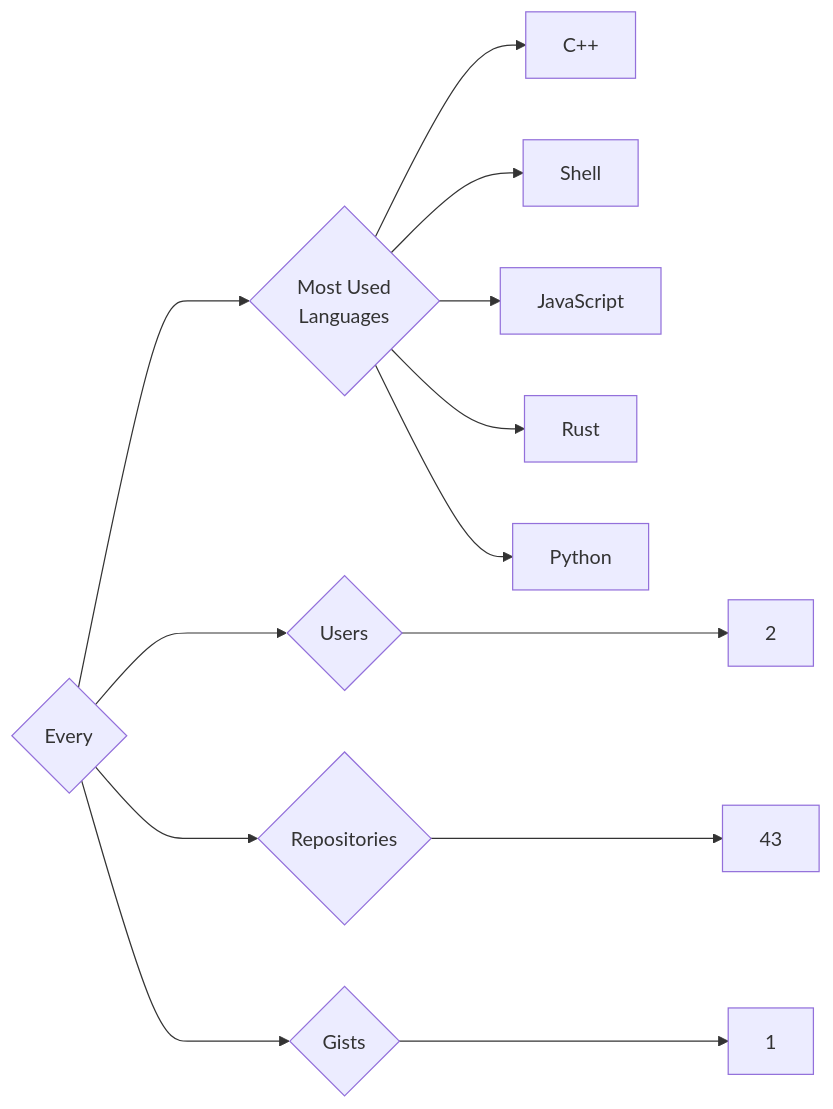
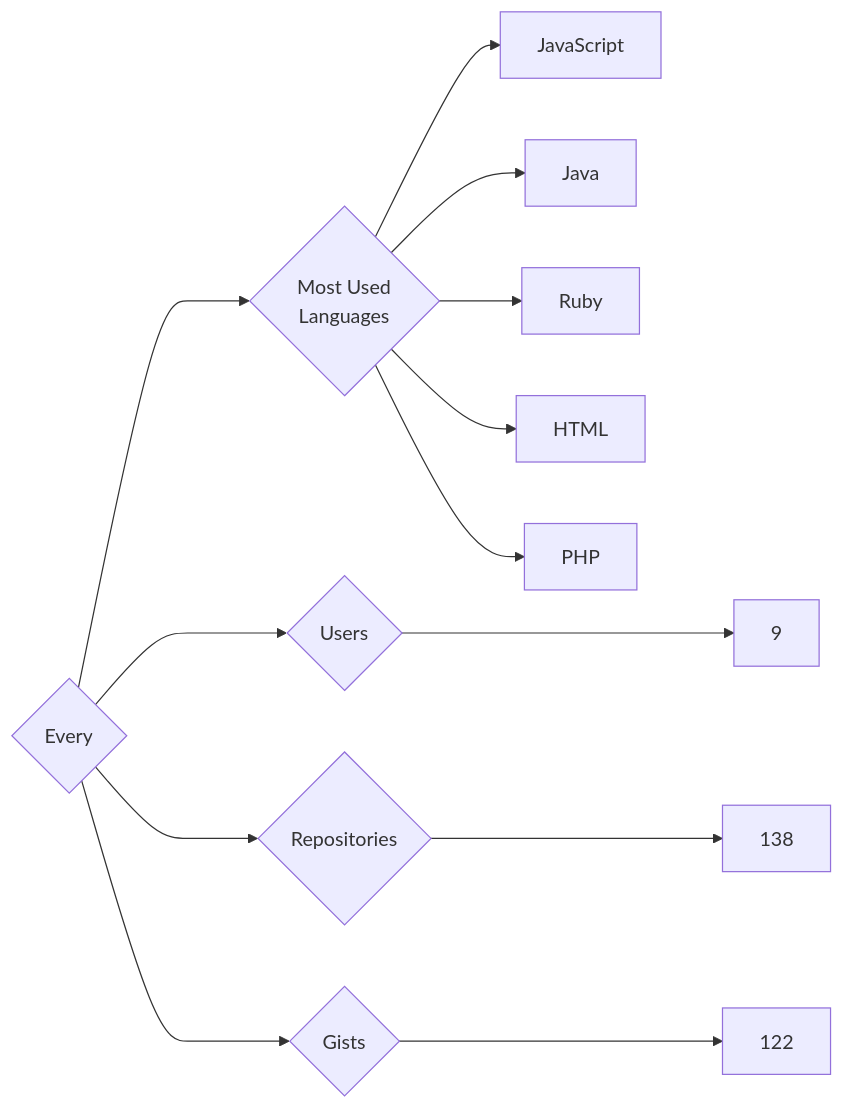
One commit to trickest/insiders changed the diagram in targets/Every/README.md. Above: the diagram before and after it, drawn with Mermaid. The commit also changed 944 other files, not shown here.

````diff
--- a/targets/Every/README.md
+++ b/targets/Every/README.md
@@ -3,13 +3,13 @@
 ```mermaid
 graph LR
 COMPANY_NAME{Every}
-COMPANY_NAME ---> U{Users} ---> UN[2]
-COMPANY_NAME ---> R{Repositories} ---> RN[43]
-COMPANY_NAME ---> G{Gists} ---> GN[1]
+COMPANY_NAME ---> U{Users} ---> UN[9]
+COMPANY_NAME ---> R{Repositories} ---> RN[138]
+COMPANY_NAME ---> G{Gists} ---> GN[122]
 COMPANY_NAME ---> ML{Most Used<br>Languages}
-ML --> C++[C++]
-ML --> Shell[Shell]
 ML --> JavaScript[JavaScript]
-ML --> Rust[Rust]
-ML --> Python[Python]
+ML --> Java[Java]
+ML --> Ruby[Ruby]
+ML --> HTML[HTML]
+ML --> PHP[PHP]
 ```
````
